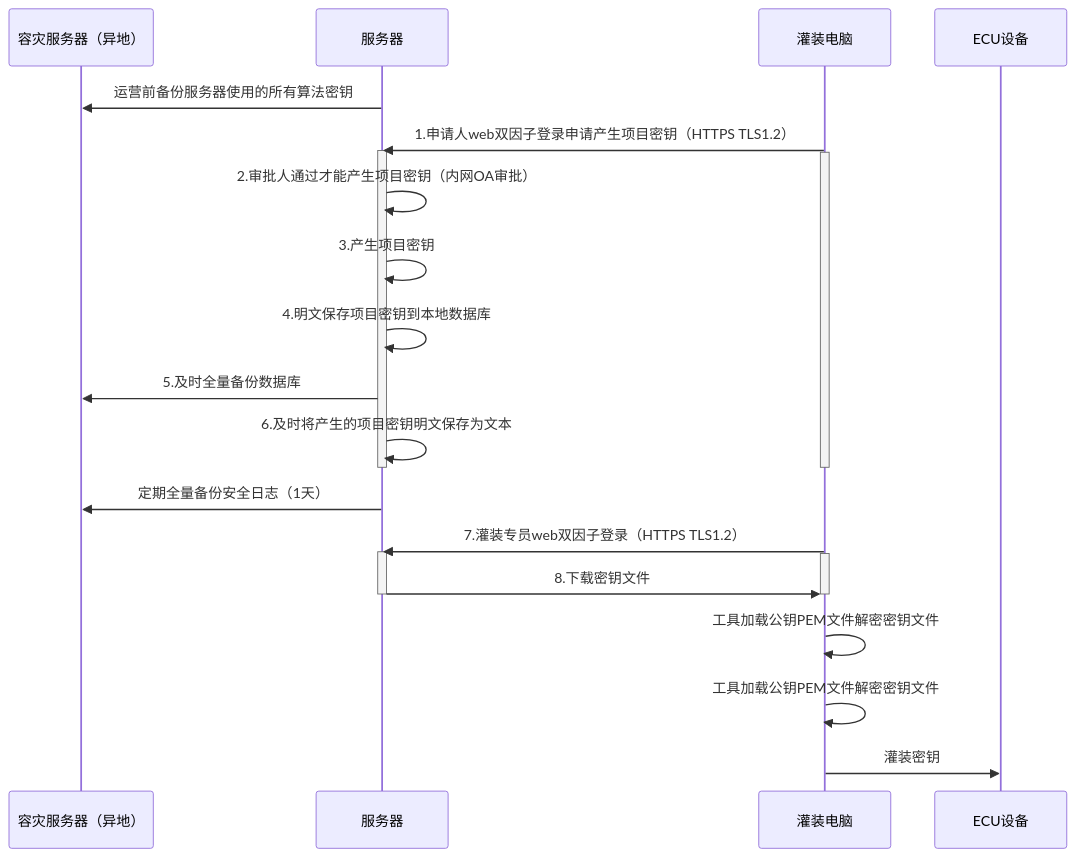
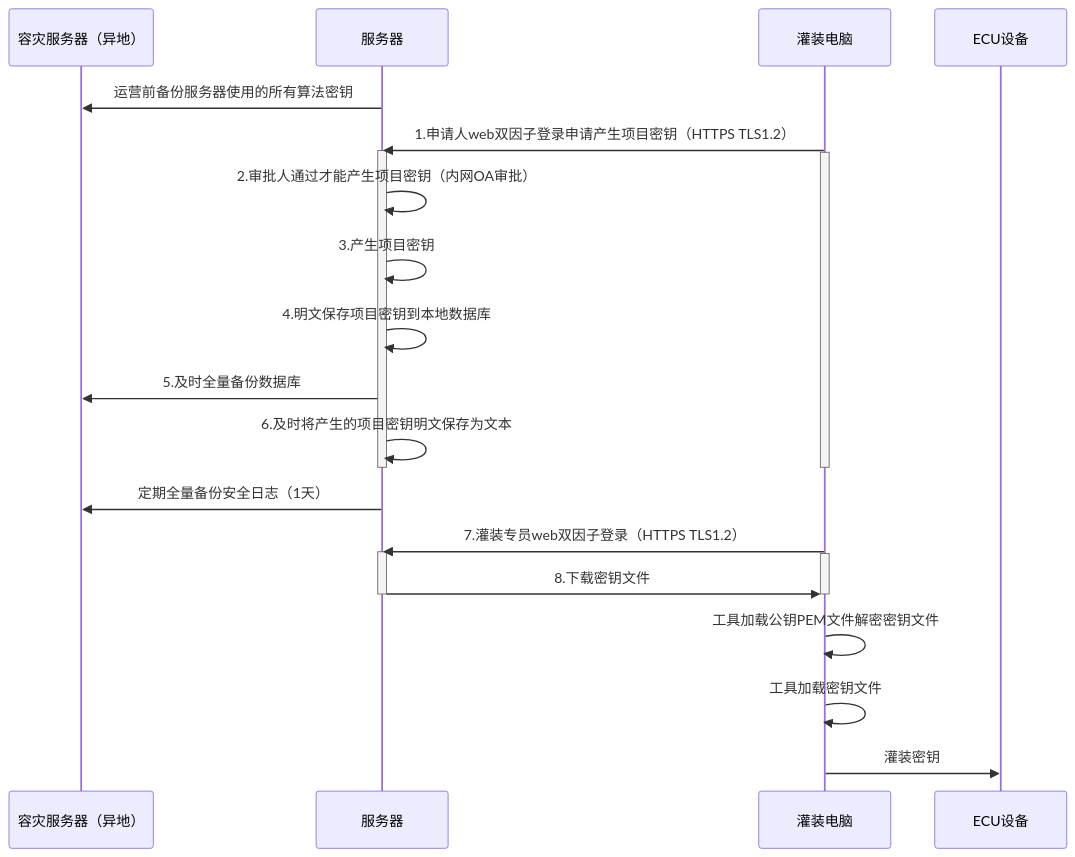
One commit to facebook-cloud/iodraw-files changed the diagram in all/未命名-17.md. Above: the diagram before and after it, drawn with Mermaid.

Commit message:
2026-03-05 20:52:13 update

````diff
--- a/all/未命名-17.md
+++ b/all/未命名-17.md
@@ -1,33 +1,33 @@
 ```mermaid
 sequenceDiagram
     participant A as 容灾服务器（异地）
     participant B as 服务器
     participant D as 灌装电脑
     participant E as ECU设备
 
     B->>A: 运营前备份服务器使用的所有算法密钥
     D->>B: 1.申请人web双因子登录申请产生项目密钥（HTTPS TLS1.2）
     activate B
     activate D
     B->>B: 2.审批人通过才能产生项目密钥（内网OA审批）
     B->>B: 3.产生项目密钥
     B->>B: 4.明文保存项目密钥到本地数据库
     B->>A: 5.及时全量备份数据库
     B->>B: 6.及时将产生的项目密钥明文保存为文本
     deactivate B
     deactivate D
 
     B->>A: 定期全量备份安全日志（1天）
     
     D->>B: 7.灌装专员web双因子登录（HTTPS TLS1.2）
     activate B
     activate D
     B->>D: 8.下载密钥文件
     deactivate B
     deactivate D
 
     D->>D:工具加载公钥PEM文件解密密钥文件
-    D->>D:工具加载公钥PEM文件解密密钥文件
+    D->>D:工具加载密钥文件
     
     D->>E: 灌装密钥
 ```
````
